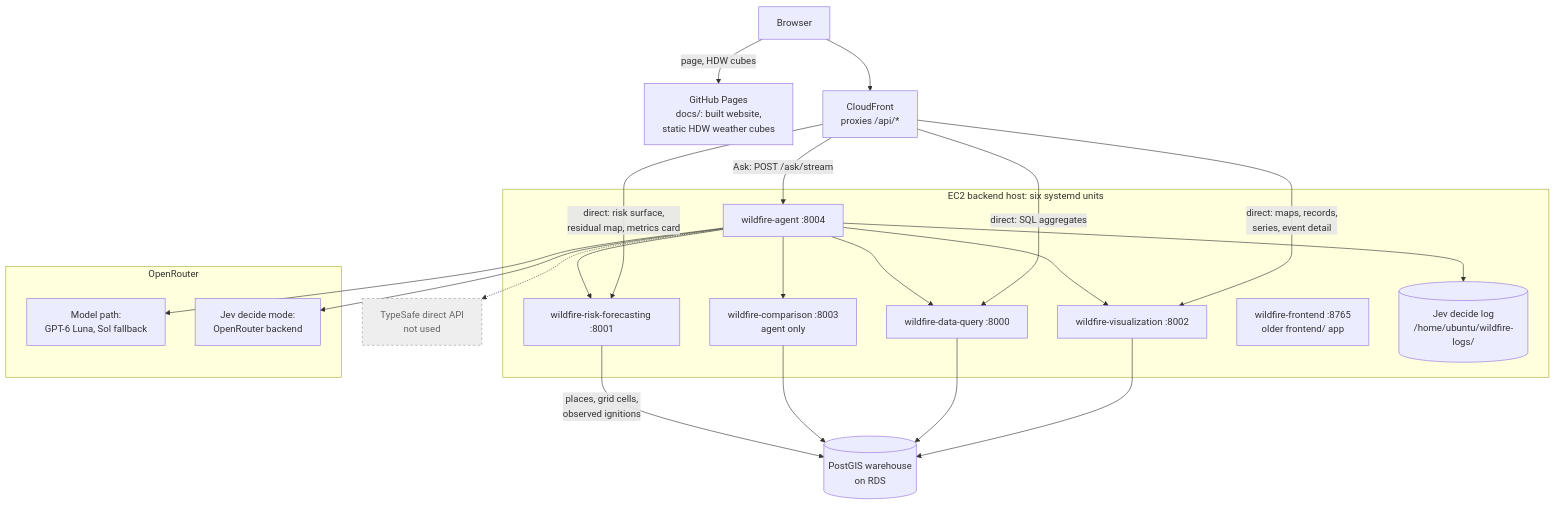
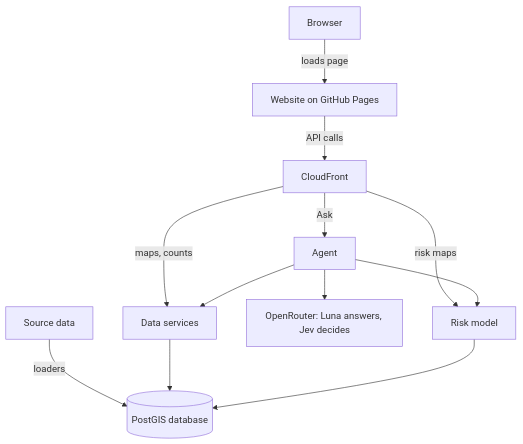
The first of 2 diagrams in README.md (Woody-Zhu-Group/Wildfire-Platform), drawn with Mermaid before and after one commit. The commit also changed other lines of this file and 1 other file, not shown here.

First line of the commit message:
README: replace the three architecture diagrams with two simple ones.

````diff
--- a/README.md
+++ b/README.md
@@ -13,49 +13,14 @@
 ```mermaid
 flowchart TD
-    Browser["Browser"]
-    Site["GitHub Pages<br>docs/: built website,<br>static HDW weather cubes"]
-    CF["CloudFront<br>proxies /api/*"]
-
-    Browser -->|"page, HDW cubes"| Site
-    Browser --> CF
-
-    subgraph EC2["EC2 backend host: six systemd units"]
-        Agent["wildfire-agent :8004"]
-        Viz["wildfire-visualization :8002"]
-        DQ["wildfire-data-query :8000"]
-        Risk["wildfire-risk-forecasting :8001"]
-        Cmp["wildfire-comparison :8003<br>agent only"]
-        FE["wildfire-frontend :8765<br>older frontend/ app"]
-        JevLog[("Jev decide log<br>/home/ubuntu/wildfire-logs/")]
-    end
-
-    CF -->|"Ask: POST /ask/stream"| Agent
-    CF -->|"direct: maps, records,<br>series, event detail"| Viz
-    CF -->|"direct: SQL aggregates"| DQ
-    CF -->|"direct: risk surface,<br>residual map, metrics card"| Risk
-
-    Agent --> Viz
-    Agent --> DQ
+    Browser["Browser"] -->|"loads page"| Site["Website on GitHub Pages"]
+    Site -->|"API calls"| CF["CloudFront"]
+    CF -->|"Ask"| Agent["Agent"]
+    CF -->|"maps, counts"| Data["Data services"]
+    CF -->|"risk maps"| Risk["Risk model"]
+    Agent --> Data
     Agent --> Risk
-    Agent --> Cmp
-    Agent --> JevLog
-
-    DB[("PostGIS warehouse<br>on RDS")]
-    Viz --> DB
-    DQ --> DB
-    Cmp --> DB
-    Risk -->|"places, grid cells,<br>observed ignitions"| DB
-
-    subgraph OR["OpenRouter"]
-        Luna["Model path:<br>GPT-6 Luna, Sol fallback"]
-        Jev["Jev decide mode:<br>OpenRouter backend"]
-    end
-    TS["TypeSafe direct API<br>not used"]
-
-    Agent --> Luna
-    Agent --> Jev
-    Agent -.-> TS
-
-    classDef off fill:#eeeeee,stroke:#999999,color:#666666,stroke-dasharray: 4 4
-    class TS off
+    Agent --> OR["OpenRouter: Luna answers, Jev decides"]
+    Src["Source data"] -->|"loaders"| DB[("PostGIS database")]
+    Data --> DB
+    Risk --> DB
 ```
````
